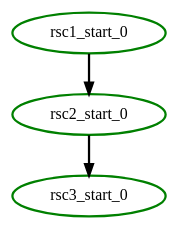
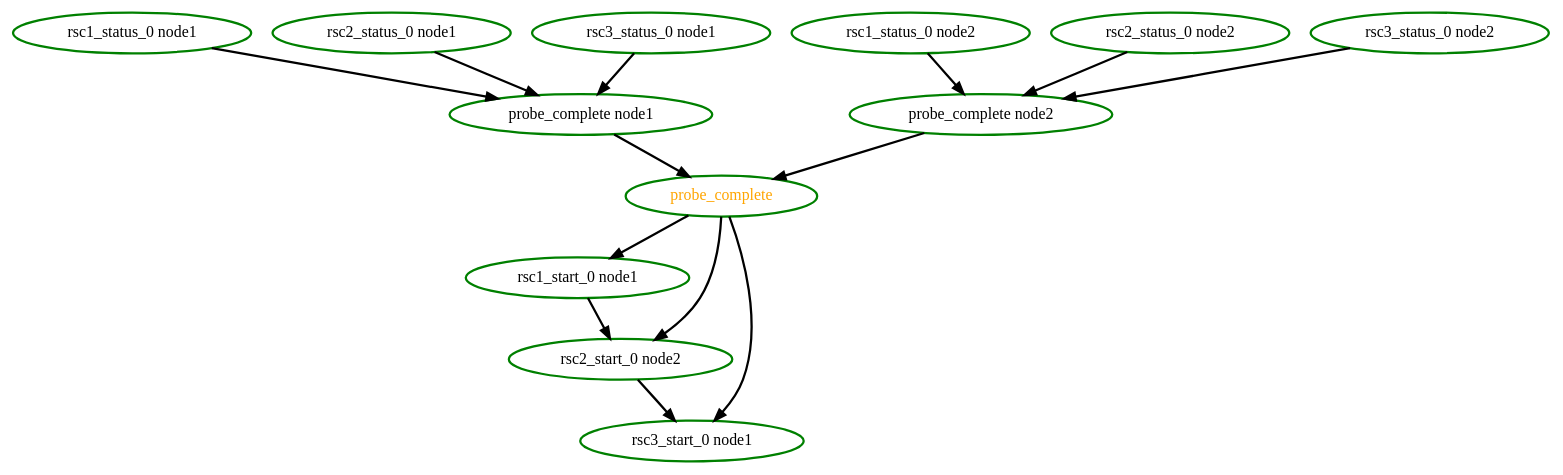
The diagram in crm/pengine/testcases/order4.dot (richiewen8/heartbeat), drawn with Graphviz before and after one commit. The commit also changed 229 other files, not shown here.

```diff
--- a/crm/pengine/testcases/order4.dot
+++ b/crm/pengine/testcases/order4.dot
@@ -1,8 +1,28 @@
 digraph "g" {
 	size = "30,30"
-"rsc1_start_0" [ tooltip="node1" style=bold color="green" fontcolor="black" ]
-"rsc2_start_0" [ tooltip="node2" style=bold color="green" fontcolor="black" ]
-"rsc3_start_0" [ tooltip="node1" style=bold color="green" fontcolor="black" ]
-"rsc1_start_0" -> "rsc2_start_0" [ style = bold]
-"rsc2_start_0" -> "rsc3_start_0" [ style = bold]
+"probe_complete" [ style=bold color="green" fontcolor="orange" ]
+"probe_complete node1" [ style=bold color="green" fontcolor="black" ]
+"rsc1_status_0 node1" [ style=bold color="green" fontcolor="black" ]
+"rsc2_status_0 node1" [ style=bold color="green" fontcolor="black" ]
+"rsc3_status_0 node1" [ style=bold color="green" fontcolor="black" ]
+"probe_complete node2" [ style=bold color="green" fontcolor="black" ]
+"rsc1_status_0 node2" [ style=bold color="green" fontcolor="black" ]
+"rsc2_status_0 node2" [ style=bold color="green" fontcolor="black" ]
+"rsc3_status_0 node2" [ style=bold color="green" fontcolor="black" ]
+"rsc1_start_0 node1" [ style=bold color="green" fontcolor="black" ]
+"rsc2_start_0 node2" [ style=bold color="green" fontcolor="black" ]
+"rsc3_start_0 node1" [ style=bold color="green" fontcolor="black" ]
+"probe_complete node1" -> "probe_complete" [ style = bold]
+"probe_complete node2" -> "probe_complete" [ style = bold]
+"rsc1_status_0 node1" -> "probe_complete node1" [ style = bold]
+"rsc2_status_0 node1" -> "probe_complete node1" [ style = bold]
+"rsc3_status_0 node1" -> "probe_complete node1" [ style = bold]
+"rsc1_status_0 node2" -> "probe_complete node2" [ style = bold]
+"rsc2_status_0 node2" -> "probe_complete node2" [ style = bold]
+"rsc3_status_0 node2" -> "probe_complete node2" [ style = bold]
+"probe_complete" -> "rsc1_start_0 node1" [ style = bold]
+"probe_complete" -> "rsc2_start_0 node2" [ style = bold]
+"rsc1_start_0 node1" -> "rsc2_start_0 node2" [ style = bold]
+"probe_complete" -> "rsc3_start_0 node1" [ style = bold]
+"rsc2_start_0 node2" -> "rsc3_start_0 node1" [ style = bold]
 }
```
